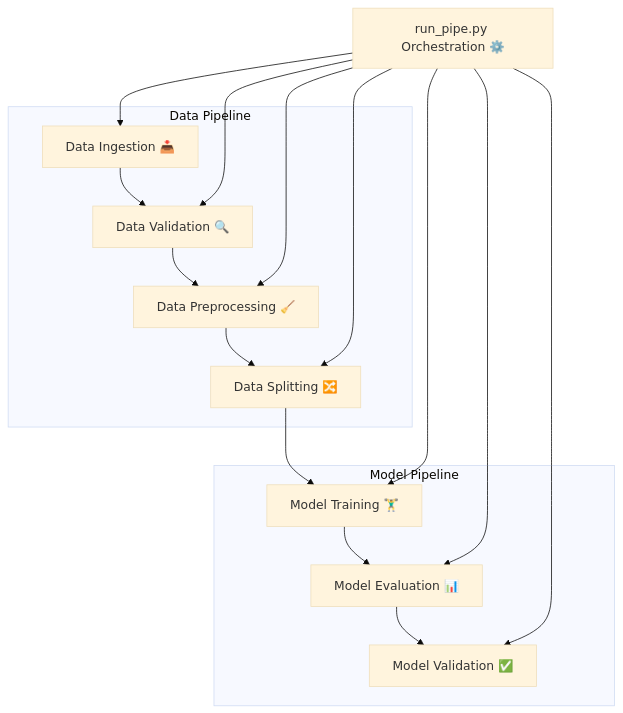
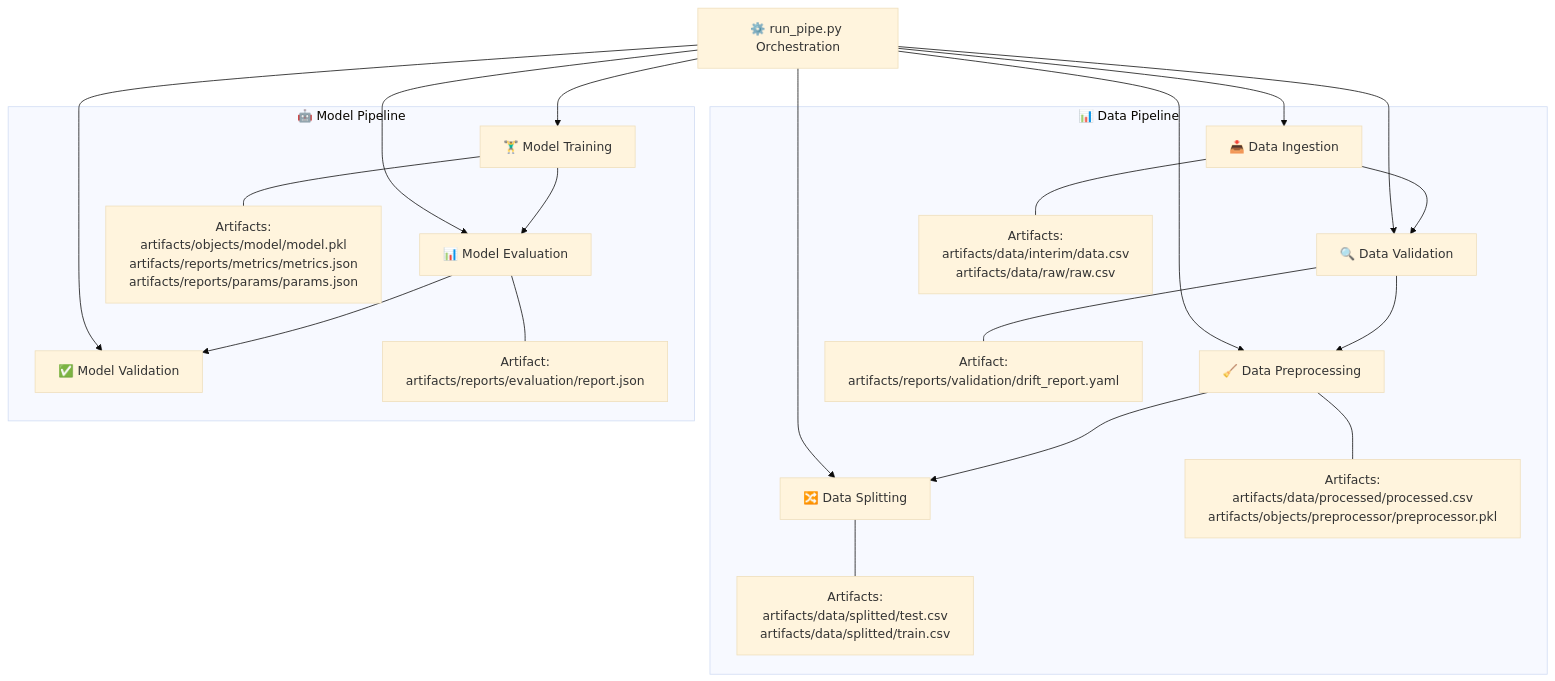
The diagram in README.md (mateen-mk/Hotel-Booking-Cancellation), drawn with Mermaid (base theme) before and after one commit. The commit also changed other lines of this file, not shown here.

````diff
--- a/README.md
+++ b/README.md
@@ -182,25 +185,55 @@
 ```mermaid
 flowchart TD
-    %% Data Pipeline %%
-    subgraph Data Pipeline
-        A[Data Ingestion 📥] --> B[Data Validation 🔍]
-        B --> C[Data Preprocessing 🧹]
-        C --> D[Data Splitting 🔀]
+    %% Data Pipeline Subgraph
+    subgraph "📊 Data Pipeline"
+      A1[📥 Data Ingestion]
+      A2[🔍 Data Validation]
+      A3[🧹 Data Preprocessing]
+      A4[🔀 Data Splitting]
+      
+      %% Artifacts for Data Pipeline
+      A1a[Artifacts:<br>artifacts/data/interim/data.csv<br>artifacts/data/raw/raw.csv]
+      A2a[Artifact:<br>artifacts/reports/validation/drift_report.yaml]
+      A3a[Artifacts:<br>artifacts/data/processed/processed.csv<br>artifacts/objects/preprocessor/preprocessor.pkl]
+      A4a[Artifacts:<br>artifacts/data/splitted/test.csv<br>artifacts/data/splitted/train.csv]
+      
+      A1 --> A2
+      A2 --> A3
+      A3 --> A4
+      
+      A1 --- A1a
+      A2 --- A2a
+      A3 --- A3a
+      A4 --- A4a
     end
 
-    %% Model Pipeline %%
-    subgraph Model Pipeline
-        D --> E[Model Training 🏋️‍♂️]
-        E --> F[Model Evaluation 📊]
-        F --> G[Model Validation ✅]
+    %% Model Pipeline Subgraph
+    subgraph "🤖 Model Pipeline"
+      B1[🏋️‍♂️ Model Training]
+      B2[📊 Model Evaluation]
+      B3[✅ Model Validation]
+      
+      %% Artifacts for Model Pipeline
+      B1a[Artifacts:<br>artifacts/objects/model/model.pkl<br>artifacts/reports/metrics/metrics.json<br>artifacts/reports/params/params.json]
+      B2a[Artifact:<br>artifacts/reports/evaluation/report.json]
+      
+      B1 --> B2
+      B2 --> B3
+      
+      B1 --- B1a
+      B2 --- B2a
     end
 
-    %% Orchestration %%
-    H[run_pipe.py Orchestration ⚙️] --> A
-    H --> B
-    H --> C
-    H --> D
-    H --> E
-    H --> F
-    H --> G
+    %% Orchestration Node
+    C[⚙️ run_pipe.py Orchestration]
+
+    %% Connect orchestration to pipelines
+    C --> A1
+    C --> A2
+    C --> A3
+    C --> A4
+    C --> B1
+    C --> B2
+    C --> B3
+
 ```
````
